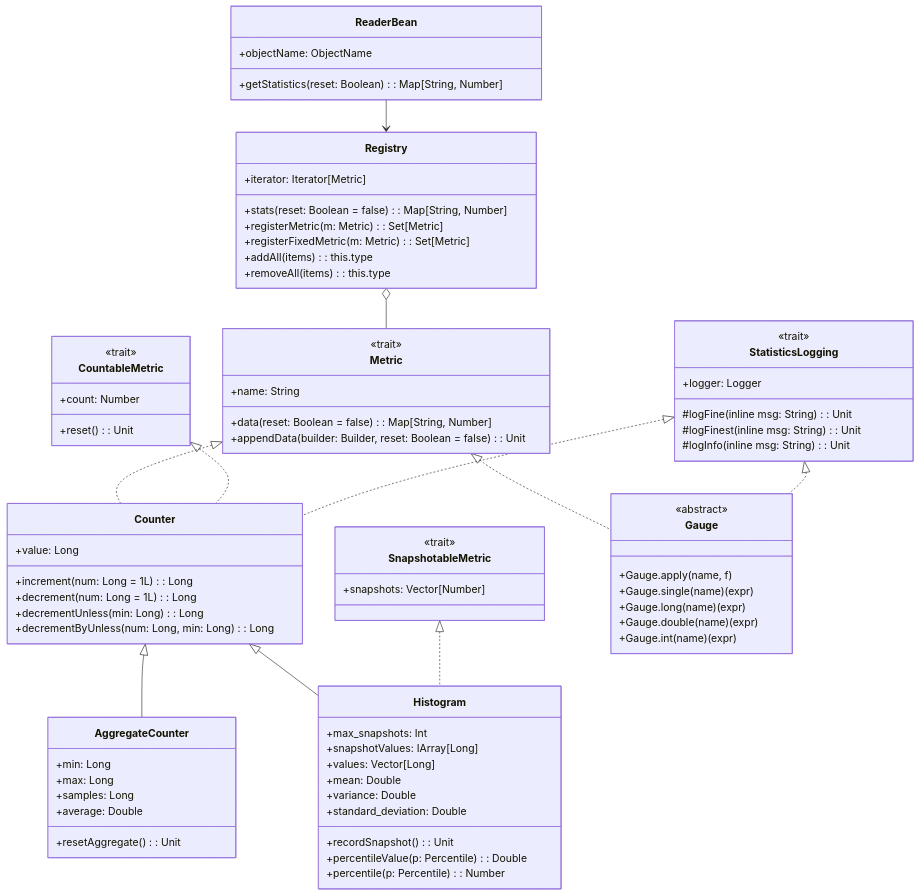
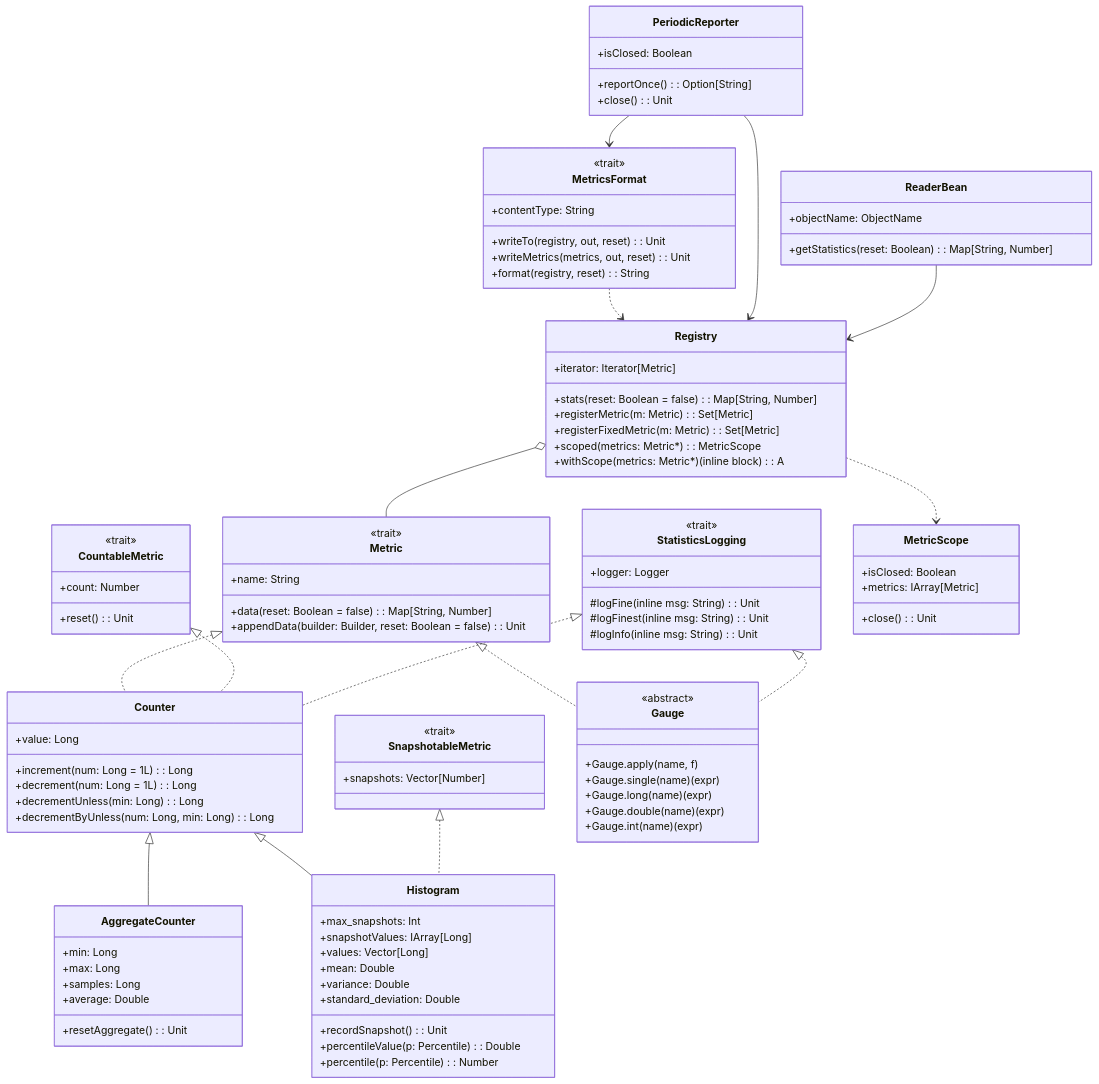
The diagram in docs/ARCHITECTURE.md (bdina/scalarometer), drawn with Mermaid before and after one commit. The commit also changed other lines of this file and 1 other file, not shown here.

Commit message:
document Native-Image exporters, MetricScope, and PeriodicReporter

````diff
--- a/docs/ARCHITECTURE.md
+++ b/docs/ARCHITECTURE.md
@@ -84,9 +84,26 @@
       +stats(reset: Boolean = false): Map[String, Number]
       +registerMetric(m: Metric): Set[Metric]
       +registerFixedMetric(m: Metric): Set[Metric]
-      +addAll(items): this.type
-      +removeAll(items): this.type
+      +scoped(metrics: Metric*): MetricScope
+      +withScope(metrics: Metric*)(inline block): A
       +iterator: Iterator[Metric]
+    }
+    class MetricScope {
+      +isClosed: Boolean
+      +metrics: IArray[Metric]
+      +close(): Unit
+    }
+    class MetricsFormat {
+      <<trait>>
+      +contentType: String
+      +writeTo(registry, out, reset): Unit
+      +writeMetrics(metrics, out, reset): Unit
+      +format(registry, reset): String
+    }
+    class PeriodicReporter {
+      +reportOnce(): Option[String]
+      +isClosed: Boolean
+      +close(): Unit
     }
     class ReaderBean {
       +getStatistics(reset: Boolean): Map[String, Number]
@@ -102,5 +119,9 @@
     Metric <|.. Gauge
     StatisticsLogging <|.. Gauge
     Registry o-- Metric
+    Registry ..> MetricScope
+    MetricsFormat ..> Registry
+    PeriodicReporter --> Registry
+    PeriodicReporter --> MetricsFormat
     ReaderBean --> Registry
 ```
````
